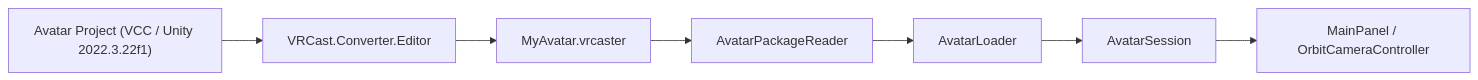
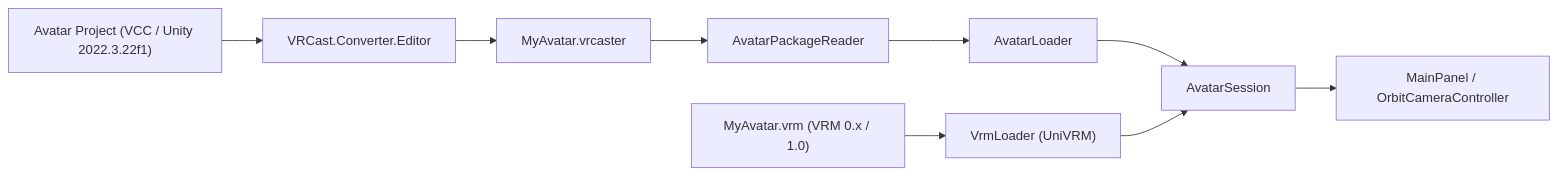
Before and after one commit to coffin299/VRCast: the first of 2 diagrams in docs/architecture.md, drawn with Mermaid. The commit also changed other lines of this file and 24 other files, not shown here.

Commit message:
feat: add direct VRM 0.x / 1.0 avatar loading

````diff
--- a/docs/architecture.md
+++ b/docs/architecture.md
@@ -25,9 +25,11 @@
 ```mermaid
 flowchart LR
   avatarProject["Avatar Project (VCC / Unity 2022.3.22f1)"] --> exporter["VRCast.Converter.Editor"]
   exporter --> pkg["MyAvatar.vrcaster"]
   pkg --> reader["AvatarPackageReader"]
   reader --> loader["AvatarLoader"]
   loader --> session["AvatarSession"]
+  vrm["MyAvatar.vrm (VRM 0.x / 1.0)"] --> vrmLoader["VrmLoader (UniVRM)"]
+  vrmLoader --> session
   session --> ui["MainPanel / OrbitCameraController"]
 ```
````
